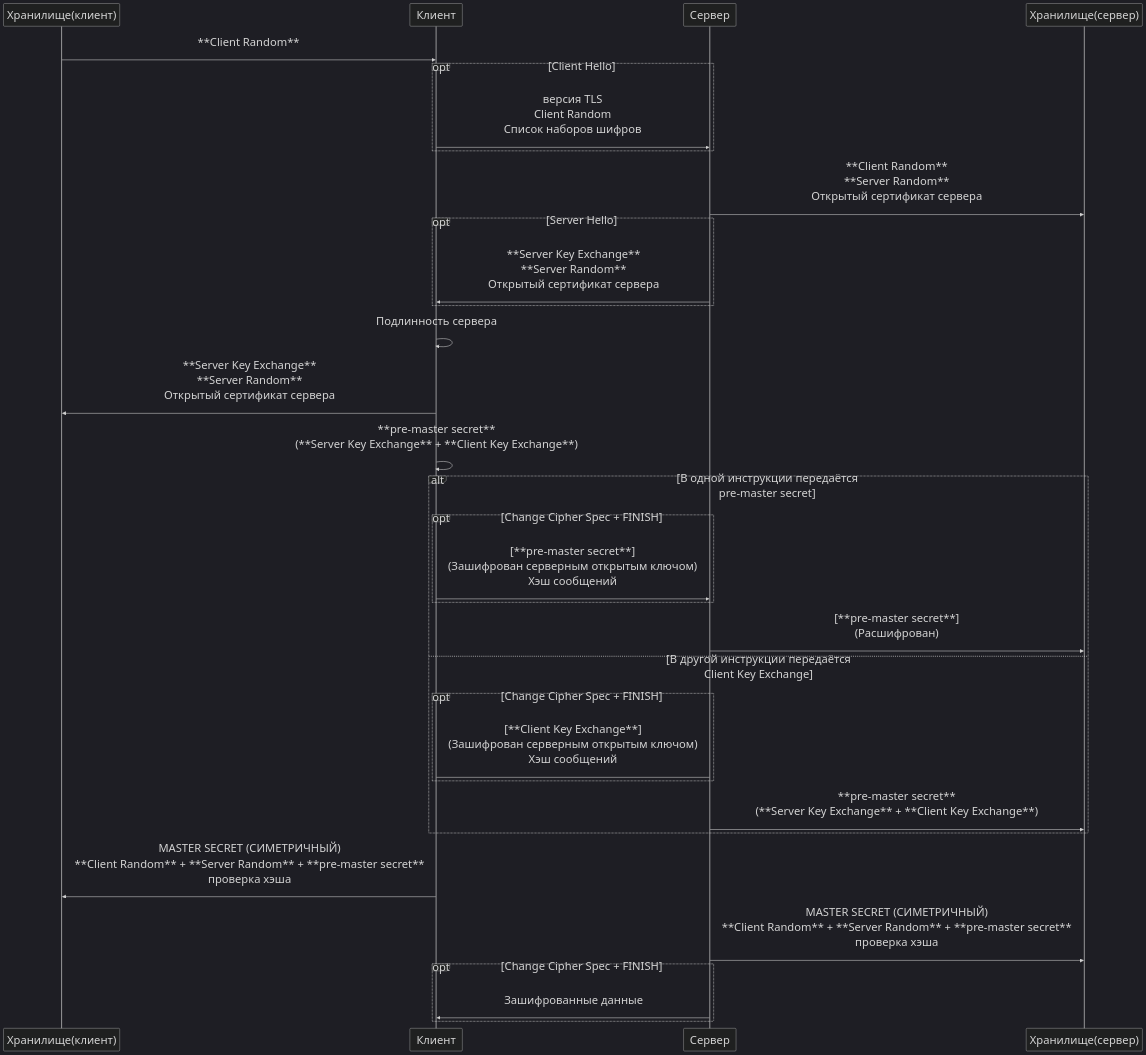
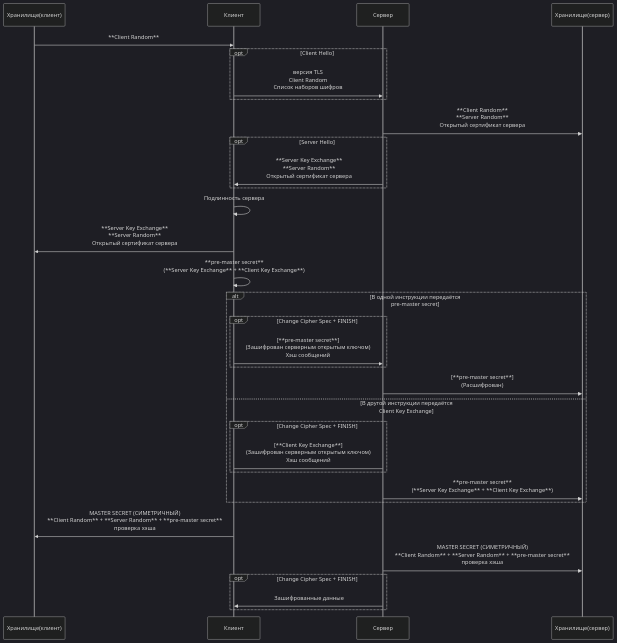
Before and after one commit to Firzen475/Common: the diagram in linux/net/Теория/https запрос (поправить форматирование).md, drawn with Mermaid.

````diff
--- a/linux/net/Теория/https запрос (поправить форматирование).md
+++ b/linux/net/Теория/https запрос (поправить форматирование).md
@@ -27,41 +27,41 @@
 ```mermaid
 %%{init: {
   'theme': 'dark',
-  'fontSize': '32px',
-  'themeCSS': "text { font-size: 16px !important; }, .actor { margin: 10px 20px 15px 5px; !important; }",
+  'fontSize': '16px',
+  'themeCSS': "text { font-size: 32px !important; }, .actor { font-weight: 700; !important; }",
   
   'fontFamily': 'sans-serif',
   'sequence': {
 
   }
 }}%%
 sequenceDiagram
     Хранилище(клиент) ->> Клиент: **Client Random**
     opt Client Hello
         Клиент->>Сервер: версия TLS<br>Client Random<br>Список наборов шифров
     end
     Сервер ->> Хранилище(сервер): **Client Random**<br>**Server Random**<br>Открытый сертификат сервера
     opt Server Hello
         Сервер->>Клиент: **Server Key Exchange**<br>**Server Random**<br>Открытый сертификат сервера
     end
     Клиент->>Клиент: Подлинность сервера
     Клиент->>Хранилище(клиент): **Server Key Exchange**<br>**Server Random**<br>Открытый сертификат сервера
     Клиент ->> Клиент: **pre-master secret**<br>(**Server Key Exchange** + **Client Key Exchange**)
     alt В одной инструкции передаётся<br>pre-master secret
         opt Change Cipher Spec + FINISH
             Клиент->>Сервер: [**pre-master secret**]<br>(Зашифрован серверным открытым ключом)<br>Хэш сообщений
         end
         Сервер ->> Хранилище(сервер): [**pre-master secret**]<br>(Расшифрован)
     else В другой инструкции передаётся<br>Client Key Exchange
         opt Change Cipher Spec + FINISH
             Клиент->Сервер: [**Client Key Exchange**]<br>(Зашифрован серверным открытым ключом)<br>Хэш сообщений
         end
         Сервер ->> Хранилище(сервер): **pre-master secret**<br>(**Server Key Exchange** + **Client Key Exchange**)
     end
     Клиент ->> Хранилище(клиент): MASTER SECRET (СИМЕТРИЧНЫЙ)<br> **Client Random** + **Server Random** + **pre-master secret**<br>проверка хэша
     Сервер ->> Хранилище(сервер): MASTER SECRET (СИМЕТРИЧНЫЙ)<br> **Client Random** + **Server Random** + **pre-master secret**<br>проверка хэша
     opt Change Cipher Spec + FINISH
         Сервер ->> Клиент: Зашифрованные данные
     end
 
 ```
````
